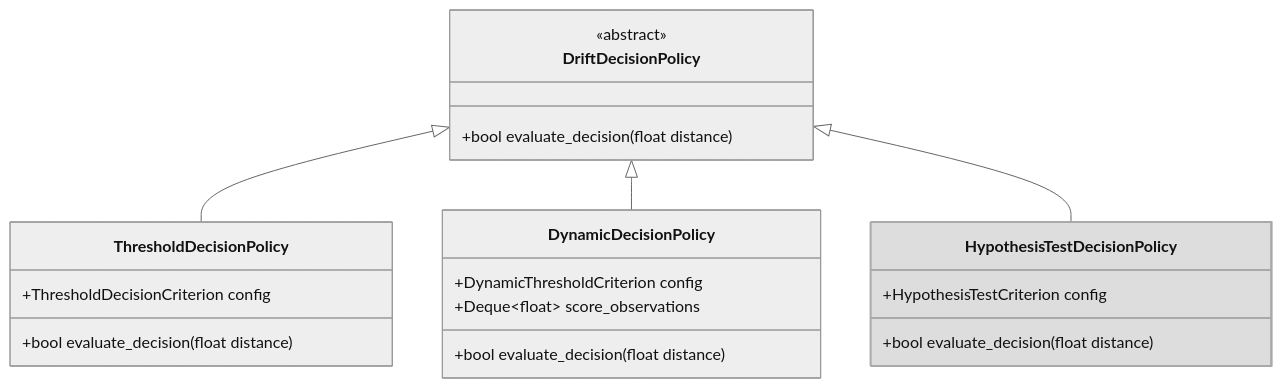
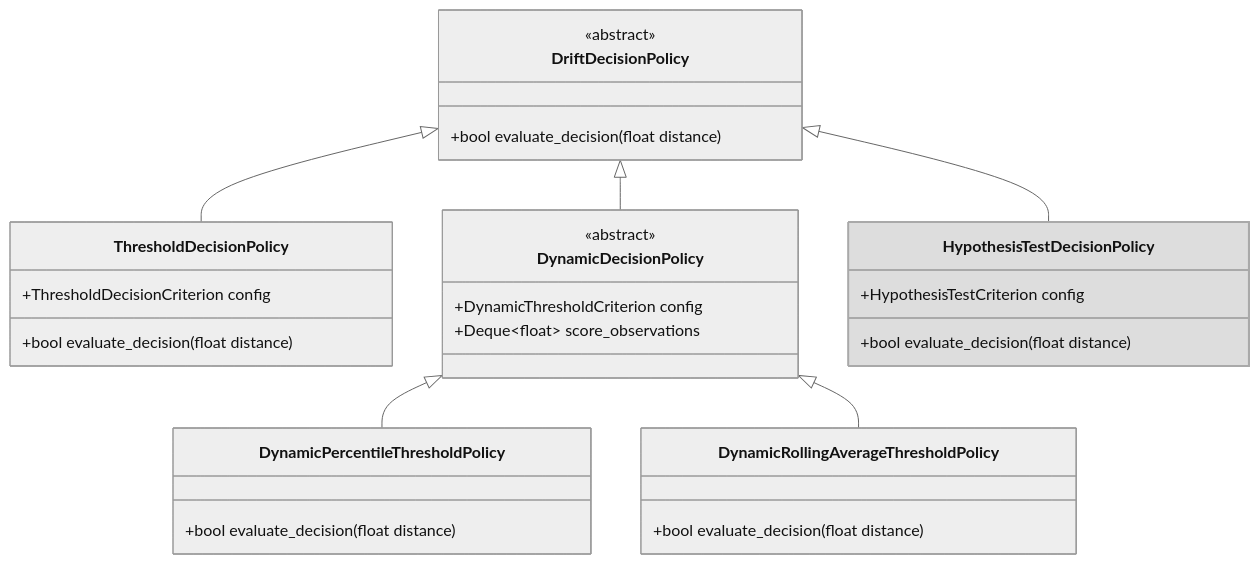
Before and after one commit to eth-easl/modyn: the fifth of 5 diagrams in docs/pipeline/triggering/DRIFT_TRIGGERS.md, drawn with Mermaid (neutral theme). The commit also changed other lines of this file and 5 other files, not shown here.

Commit message:
Add DynamicRollingAverageThresholdPolicy

````diff
--- a/docs/pipeline/triggering/DRIFT_TRIGGERS.md
+++ b/docs/pipeline/triggering/DRIFT_TRIGGERS.md
@@ -216,30 +228,40 @@
 ```mermaid
 classDiagram
     class DriftDecisionPolicy {
         <<abstract>>
         +bool evaluate_decision(float distance)
     }
 
     class ThresholdDecisionPolicy {
         +ThresholdDecisionCriterion config
         +bool evaluate_decision(float distance)
     }
 
     class DynamicDecisionPolicy {
+        <<abstract>>
         +DynamicThresholdCriterion config
         +Deque~float~ score_observations
+    }
+
+    class DynamicPercentileThresholdPolicy {
+        +bool evaluate_decision(float distance)
+    }
+
+    class DynamicRollingAverageThresholdPolicy {
         +bool evaluate_decision(float distance)
     }
 
     class HypothesisTestDecisionPolicy {
         +HypothesisTestCriterion config
         +bool evaluate_decision(float distance)
     }
 
     DriftDecisionPolicy <|-- ThresholdDecisionPolicy
     DriftDecisionPolicy <|-- DynamicDecisionPolicy
+    DynamicDecisionPolicy <|-- DynamicPercentileThresholdPolicy
+    DynamicDecisionPolicy <|-- DynamicRollingAverageThresholdPolicy
     DriftDecisionPolicy <|-- HypothesisTestDecisionPolicy
 
 
     style HypothesisTestDecisionPolicy fill:#DDDDDD,stroke:#A9A9A9,stroke-width:2px
 ```
````
